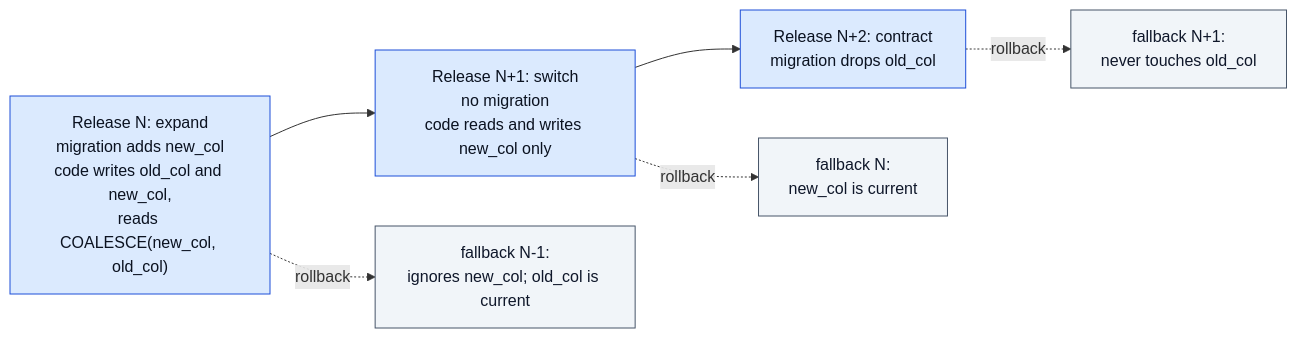
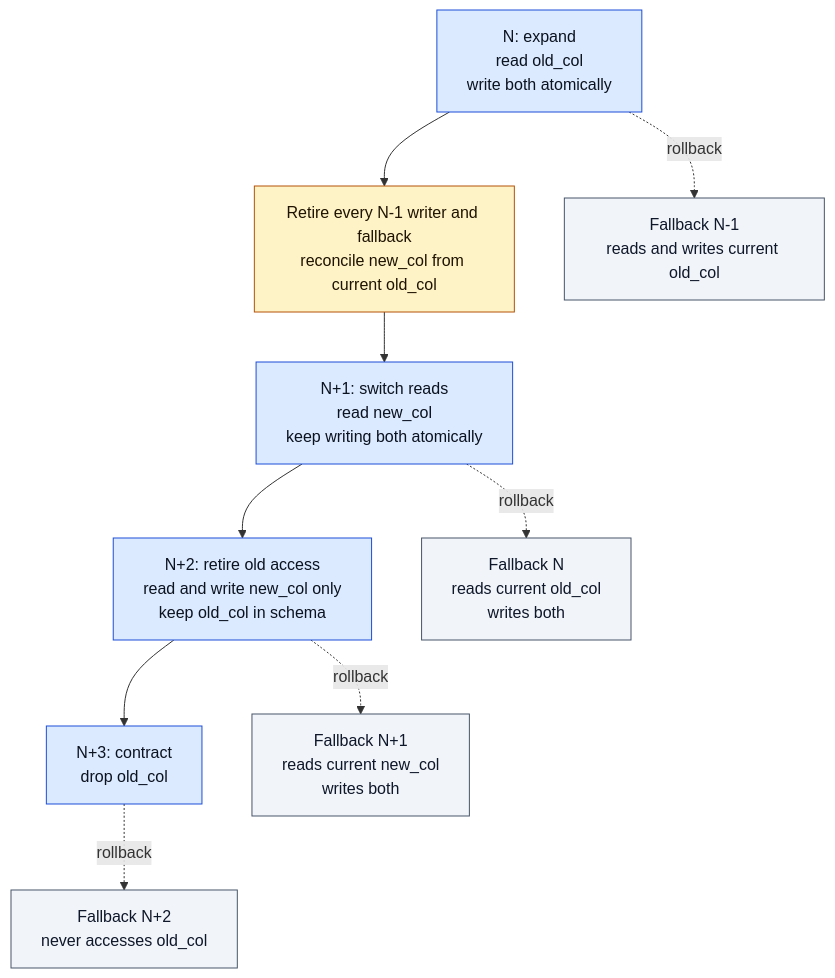
The diagram in docs/developer/database-migrations.md (Layr-Labs/d-inference), drawn with Mermaid before and after one commit. The commit also changed other lines of this file and 2 other files, not shown here.

Commit message:
Document rollback-compatible column migration phases

````diff
--- a/docs/developer/database-migrations.md
+++ b/docs/developer/database-migrations.md
@@ -161,15 +165,20 @@
 ```mermaid
-flowchart LR
+flowchart TD
   classDef rel fill:#dbeafe,stroke:#1d4ed8,color:#0b1220
+  classDef gate fill:#fef3c7,stroke:#b45309,color:#1f1300
   classDef fb fill:#f1f5f9,stroke:#475569,color:#0f172a
-  N["Release N: expand<br/>migration adds new_col<br/>code writes old_col and new_col,<br/>reads COALESCE(new_col, old_col)"]:::rel
-  N1["Release N+1: switch<br/>no migration<br/>code reads and writes new_col only"]:::rel
-  N2["Release N+2: contract<br/>migration drops old_col"]:::rel
-  F0["fallback N-1:<br/>ignores new_col; old_col is current"]:::fb
-  F1["fallback N:<br/>new_col is current"]:::fb
-  F2["fallback N+1:<br/>never touches old_col"]:::fb
-  N --> N1 --> N2
+  N["N: expand<br/>read old_col<br/>write both atomically"]:::rel
+  G["Retire every N-1 writer and fallback<br/>reconcile new_col from current old_col"]:::gate
+  N1["N+1: switch reads<br/>read new_col<br/>keep writing both atomically"]:::rel
+  N2["N+2: retire old access<br/>read and write new_col only<br/>keep old_col in schema"]:::rel
+  N3["N+3: contract<br/>drop old_col"]:::rel
+  F0["Fallback N-1<br/>reads and writes current old_col"]:::fb
+  F1["Fallback N<br/>reads current old_col<br/>writes both"]:::fb
+  F2["Fallback N+1<br/>reads current new_col<br/>writes both"]:::fb
+  F3["Fallback N+2<br/>never accesses old_col"]:::fb
+  N --> G --> N1 --> N2 --> N3
   N -. "rollback" .-> F0
   N1 -. "rollback" .-> F1
   N2 -. "rollback" .-> F2
+  N3 -. "rollback" .-> F3
 ```
````
